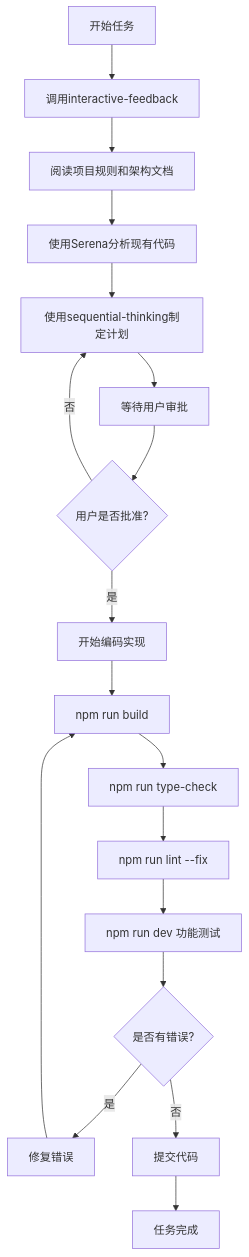
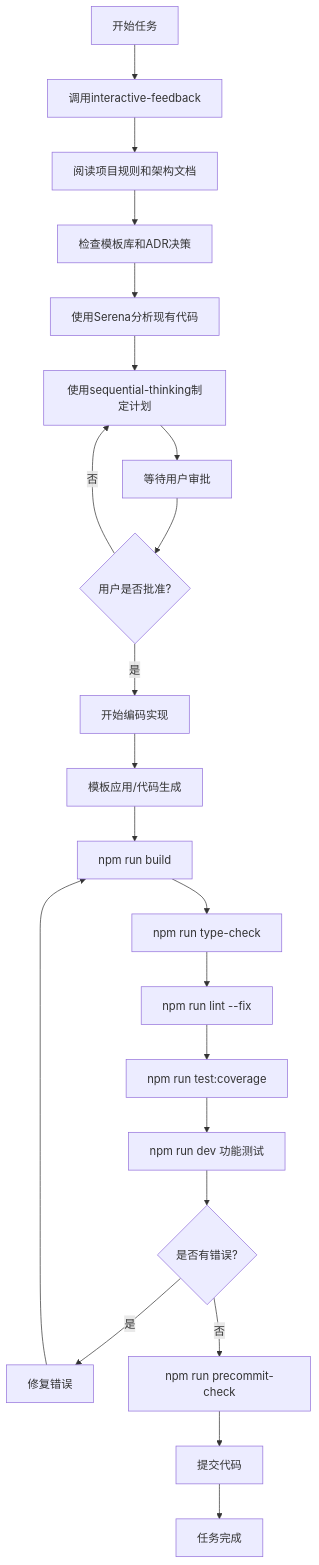
Before and after one commit to DULASlee/hxlot: the diagram in doc/项目开发铁律.md, drawn with Mermaid. The commit also changed other lines of this file and 61 other files, not shown here.

````diff
--- a/doc/项目开发铁律.md
+++ b/doc/项目开发铁律.md
@@ -105,20 +178,24 @@
 ```mermaid
 graph TD
     A[开始任务] --> B[调用interactive-feedback]
     B --> C[阅读项目规则和架构文档]
-    C --> D[使用Serena分析现有代码]
-    D --> E[使用sequential-thinking制定计划]
-    E --> F[等待用户审批]
-    F --> G{用户是否批准?}
-    G -->|否| E
-    G -->|是| H[开始编码实现]
-    H --> I[npm run build]
-    I --> J[npm run type-check]
-    J --> K[npm run lint --fix]
-    K --> L[npm run dev 功能测试]
-    L --> M{是否有错误?}
-    M -->|是| N[修复错误]
-    N --> I
-    M -->|否| O[提交代码]
-    O --> P[任务完成]
+    C --> D[检查模板库和ADR决策]
+    D --> E[使用Serena分析现有代码]
+    E --> F[使用sequential-thinking制定计划]
+    F --> G[等待用户审批]
+    G --> H{用户是否批准?}
+    H -->|否| F
+    H -->|是| I[开始编码实现]
+    I --> J[模板应用/代码生成]
+    J --> K[npm run build]
+    K --> L[npm run type-check]
+    L --> M[npm run lint --fix]
+    M --> N[npm run test:coverage]
+    N --> O[npm run dev 功能测试]
+    O --> P{是否有错误?}
+    P -->|是| Q[修复错误]
+    Q --> K
+    P -->|否| R[npm run precommit-check]
+    R --> S[提交代码]
+    S --> T[任务完成]
 ```
````
